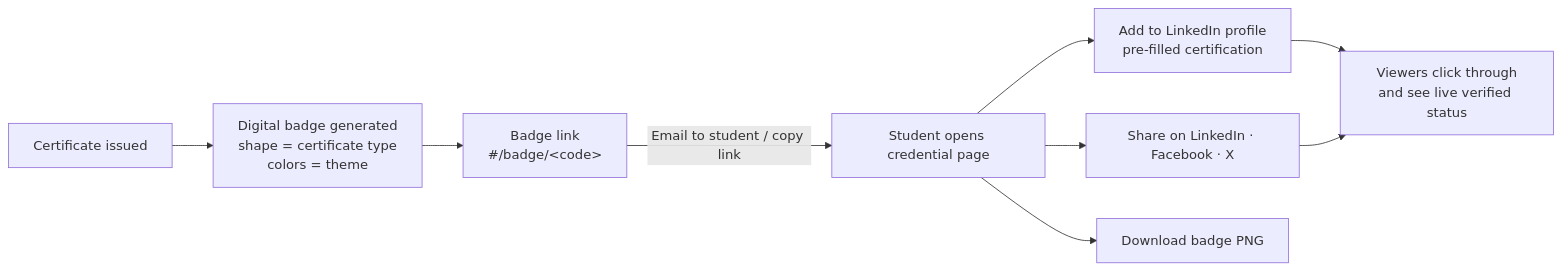
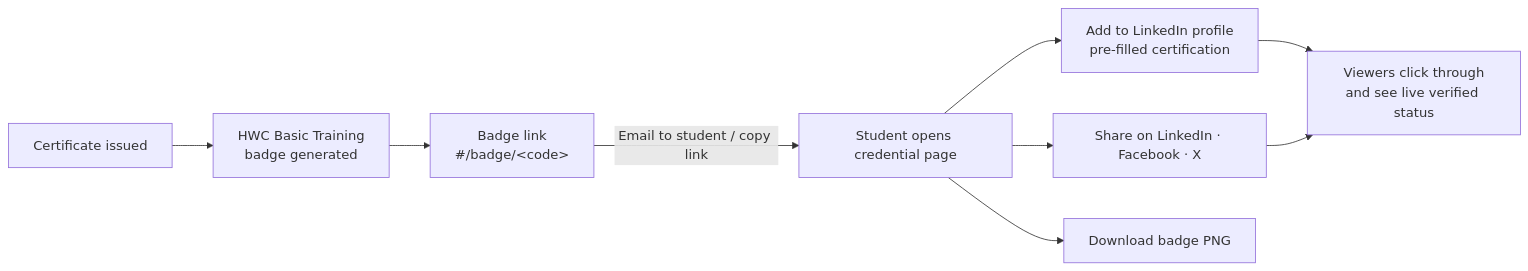
Before and after one commit to paulmmoore3416/hwc-trainer-suite: the first of 6 diagrams in README.md, drawn with Mermaid. The commit also changed other lines of this file and 33 other files, not shown here.

First line of the commit message:
Make the HWC Basic Training certificate and badge the only designs

````diff
--- a/README.md
+++ b/README.md
@@ -97,10 +88,10 @@
 ```mermaid
 flowchart LR
-    A[Certificate issued] --> B[Digital badge generated<br/>shape = certificate type<br/>colors = theme]
+    A[Certificate issued] --> B[HWC Basic Training<br/>badge generated]
     B --> C["Badge link<br/>#/badge/&lt;code&gt;"]
     C -->|Email to student / copy link| D[Student opens credential page]
     D --> E[Add to LinkedIn profile<br/>pre-filled certification]
     D --> F[Share on LinkedIn · Facebook · X]
     D --> G[Download badge PNG]
     E & F --> H[Viewers click through<br/>and see live verified status]
 ```
````
